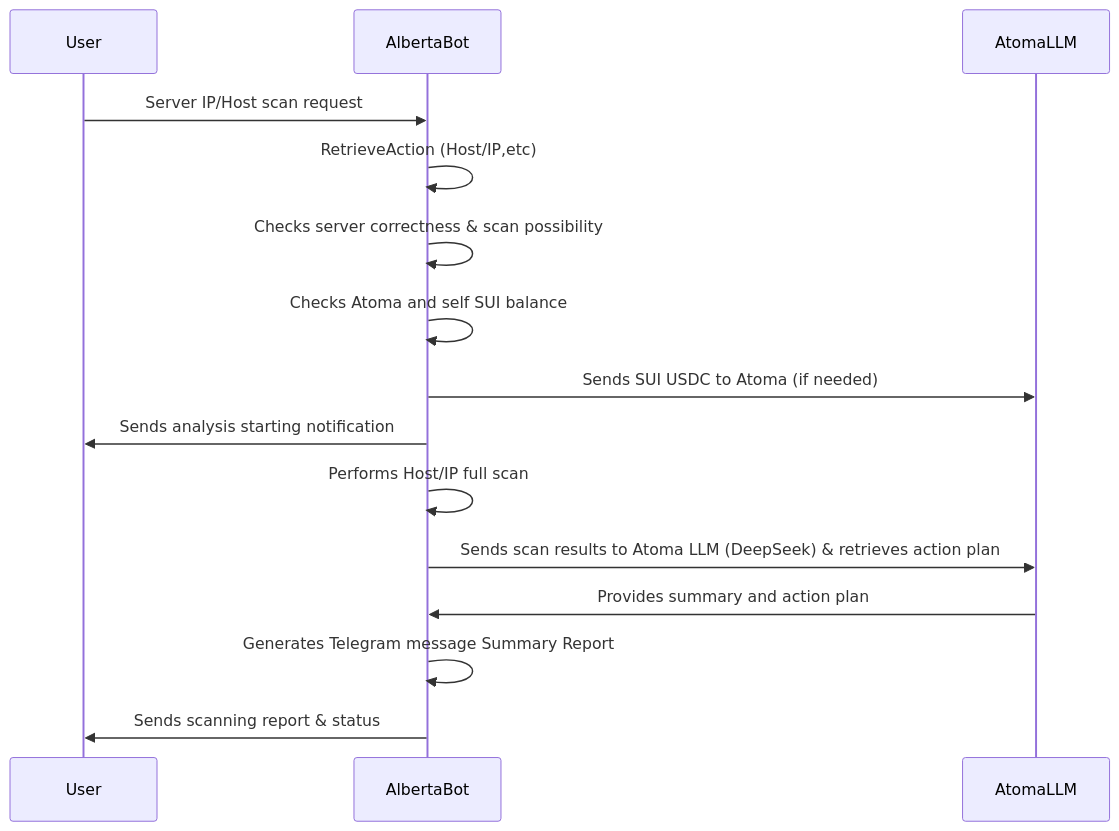
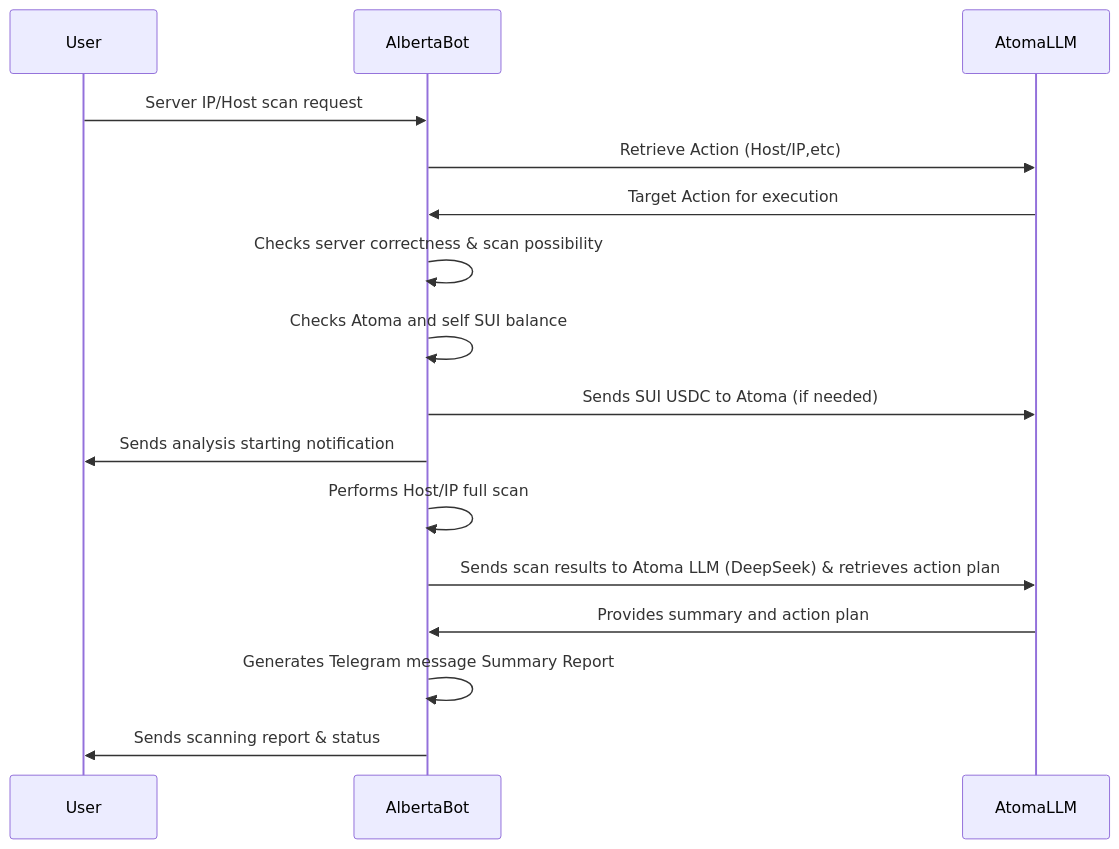
The first of 2 diagrams in README.md (GanAIWeb3Club/Alberta-Assistant), drawn with Mermaid before and after one commit.

Commit message:
diagram action update

````diff
--- a/README.md
+++ b/README.md
@@ -32,19 +32,20 @@
 ```mermaid
 sequenceDiagram
     participant User
     participant AlbertaBot
     participant AtomaLLM
 
     User ->> AlbertaBot: Server IP/Host scan request
-    AlbertaBot ->> AlbertaBot: RetrieveAction (Host/IP,etc)
+    AlbertaBot ->> AtomaLLM: Retrieve Action (Host/IP,etc)
+    AtomaLLM ->> AlbertaBot: Target Action for execution
     AlbertaBot ->> AlbertaBot: Checks server correctness & scan possibility
     AlbertaBot ->> AlbertaBot: Checks Atoma and self SUI balance
     AlbertaBot ->> AtomaLLM: Sends SUI USDC to Atoma (if needed)
     AlbertaBot ->> User: Sends analysis starting notification
     AlbertaBot ->> AlbertaBot: Performs Host/IP full scan
     AlbertaBot ->> AtomaLLM: Sends scan results to Atoma LLM (DeepSeek) & retrieves action plan
     AtomaLLM ->> AlbertaBot: Provides summary and action plan
     AlbertaBot ->> AlbertaBot: Generates Telegram message Summary Report
     AlbertaBot ->> User: Sends scanning report & status
     
 ```
````
